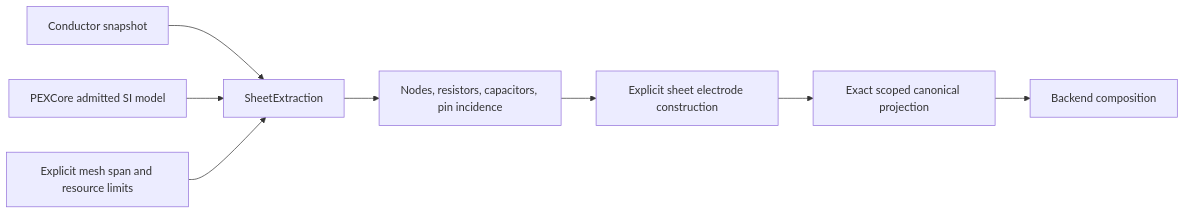
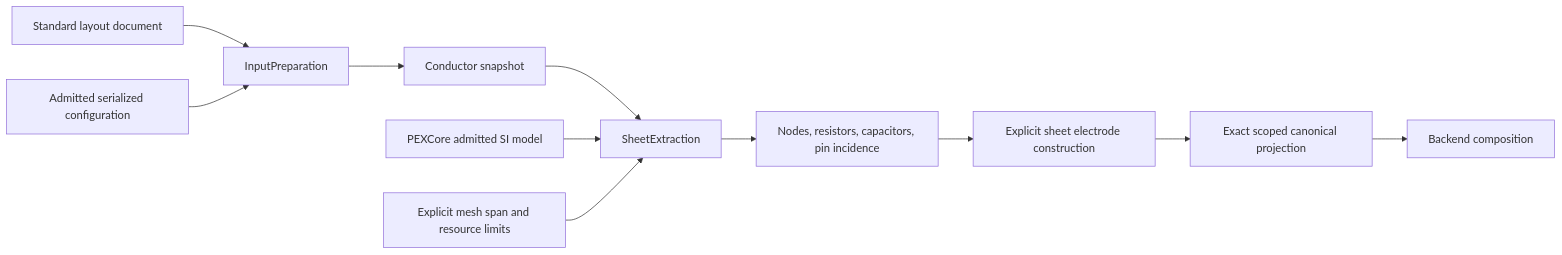
Before and after one commit to 1amageek/PEXEngine: the diagram in Sources/PEXNative/DESIGN.md, drawn with Mermaid. The commit also changed other lines of this file and 14 other files, not shown here.

Commit message:
Prepare admitted native extraction inputs from standard geometry

````diff
--- a/Sources/PEXNative/DESIGN.md
+++ b/Sources/PEXNative/DESIGN.md
@@ -26,10 +28,13 @@
 ```mermaid
 flowchart LR
-  Capture[Conductor snapshot] --> SheetExtraction
+  Standard[Standard layout document] --> InputPreparation
+  Configuration[Admitted serialized configuration] --> InputPreparation
+  InputPreparation --> Capture[Conductor snapshot]
+  Capture --> SheetExtraction
   Model[PEXCore admitted SI model] --> SheetExtraction
   Resolution[Explicit mesh span and resource limits] --> SheetExtraction
   SheetExtraction --> Network[Nodes, resistors, capacitors, pin incidence]
   Network --> Electrodes[Explicit sheet electrode construction]
   Electrodes --> Projection[Exact scoped canonical projection]
   Projection --> Adapter[Backend composition]
 ```
````
